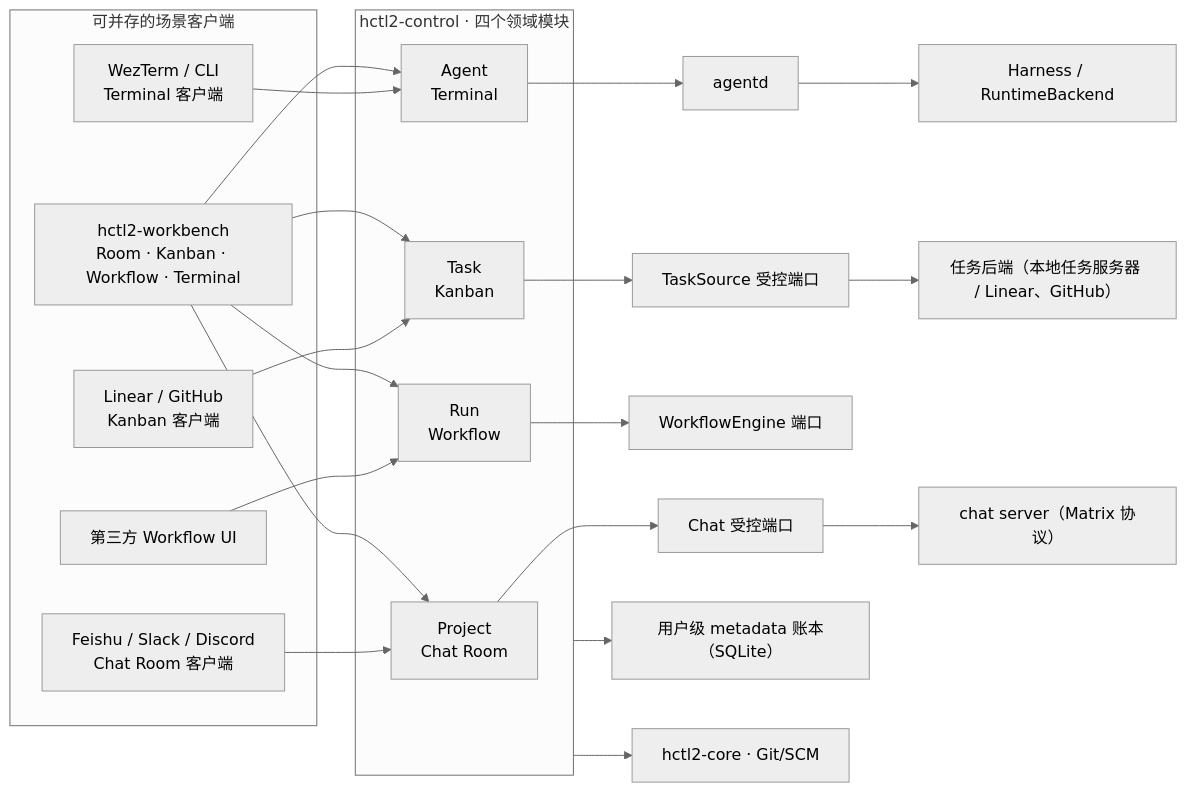
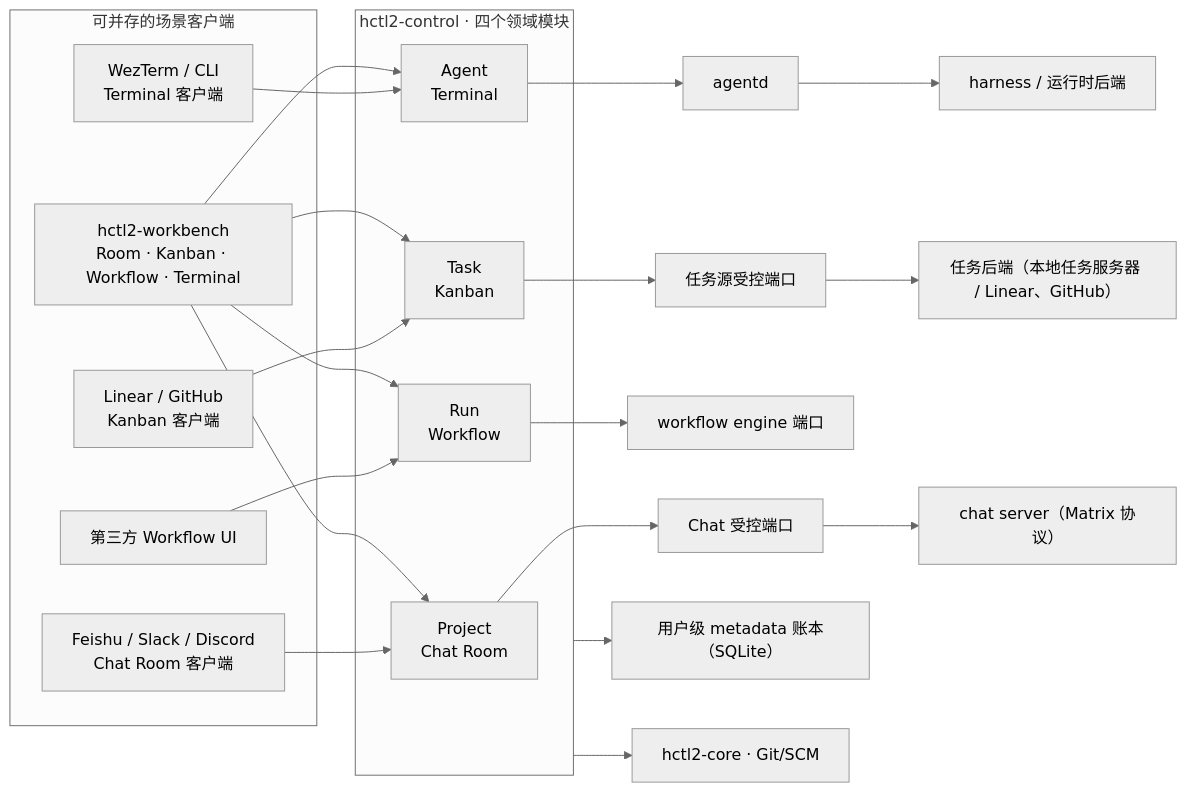
One commit to yesme/hctl2 changed the second of 2 diagrams in README.md. Above: the diagram before and after it, drawn with Mermaid (neutral theme). The commit also changed 17 other files, not shown here.

````diff
--- a/README.md
+++ b/README.md
@@ -98,37 +98,37 @@
 ```mermaid
 flowchart LR
     subgraph Clients["可并存的场景客户端"]
         Bench["hctl2-workbench\nRoom · Kanban · Workflow · Terminal"]
-        ChatClient["Feishu / Slack / Discord\nChat Room 客户端"]
-        TaskClient["Linear / GitHub\nKanban 客户端"]
-        WorkflowClient["第三方 Workflow UI"]
-        TerminalClient["WezTerm / CLI\nTerminal 客户端"]
+        chat_client["Feishu / Slack / Discord\nChat Room 客户端"]
+        task_client["Linear / GitHub\nKanban 客户端"]
+        workflow_client["第三方 Workflow UI"]
+        terminal_client["WezTerm / CLI\nTerminal 客户端"]
     end
 
     subgraph Control["hctl2-control · 四个领域模块"]
         P["Project\nChat Room"]
         T["Task\nKanban"]
         R["Run\nWorkflow"]
         H["Agent\nTerminal"]
     end
 
     Bench --> P
     Bench --> T
     Bench --> R
     Bench --> H
-    ChatClient --> P
-    TaskClient --> T
-    WorkflowClient --> R
-    TerminalClient --> H
+    chat_client --> P
+    task_client --> T
+    workflow_client --> R
+    terminal_client --> H
 
-    P --> ChatPort["Chat 受控端口"]
-    ChatPort --> ChatSrv["chat server（Matrix 协议）"]
-    T --> TaskSource["TaskSource 受控端口"]
-    TaskSource --> TaskBackend["任务后端（本地任务服务器 / Linear、GitHub）"]
-    R --> Engine["WorkflowEngine 端口"]
+    P --> chat_port["Chat 受控端口"]
+    chat_port --> chat_srv["chat server（Matrix 协议）"]
+    T --> task_source["任务源受控端口"]
+    task_source --> task_backend["任务后端（本地任务服务器 / Linear、GitHub）"]
+    R --> Engine["workflow engine 端口"]
     H --> Agentd["agentd"]
-    Agentd --> Runtime["Harness / RuntimeBackend"]
+    Agentd --> Runtime["harness / 运行时后端"]
 
     Control --> DB["用户级 metadata 账本（SQLite）"]
     Control --> Core["hctl2-core · Git/SCM"]
 ```
````
